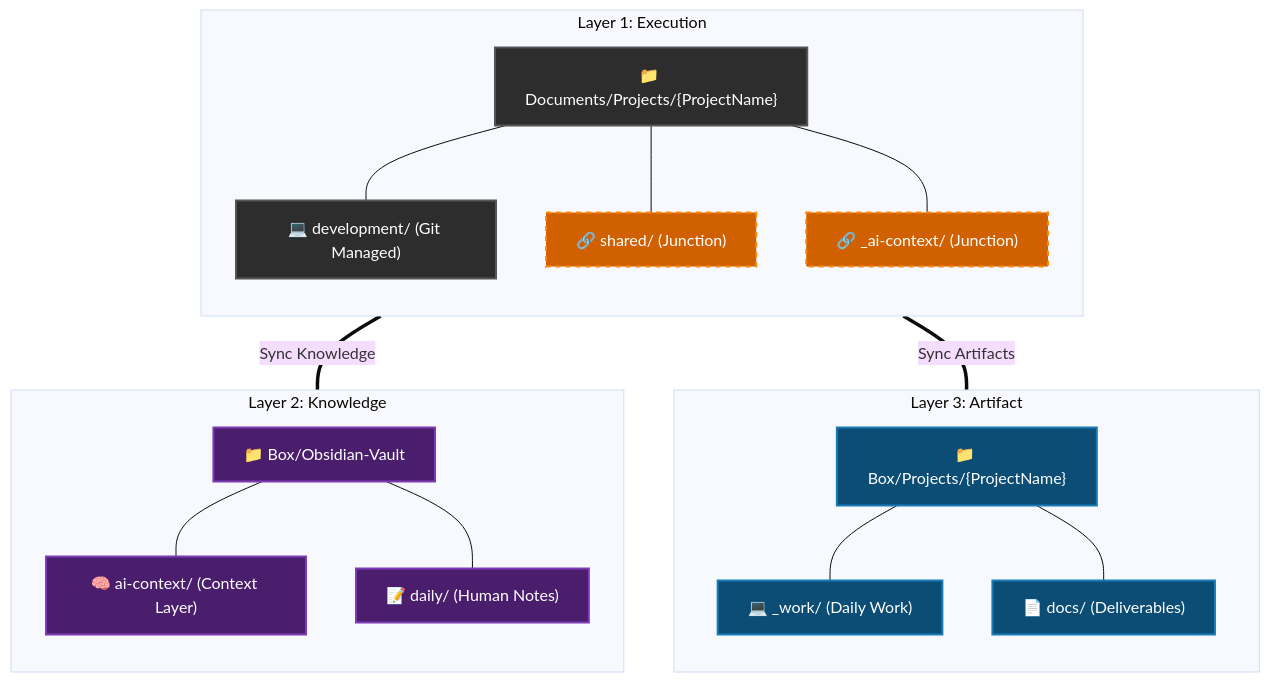
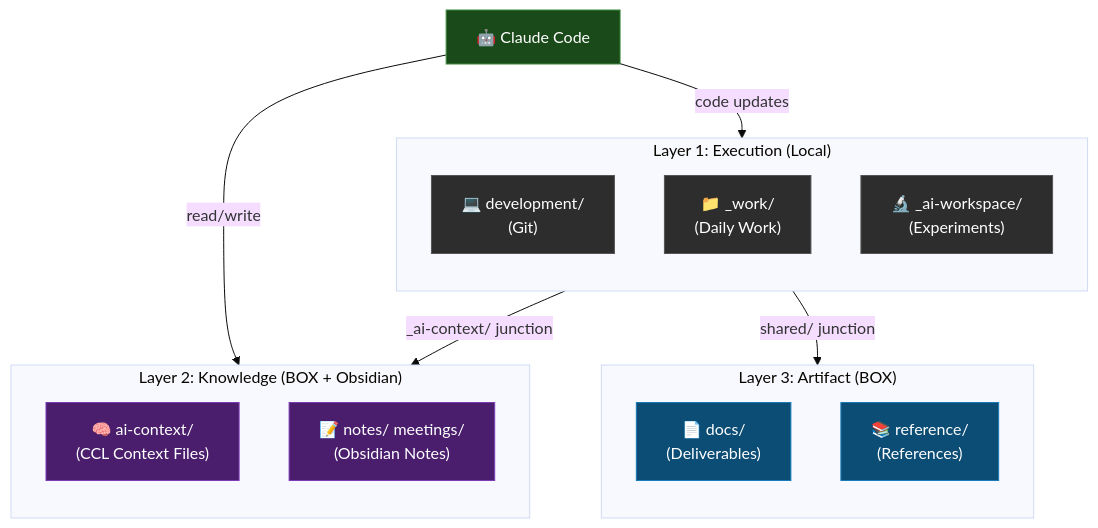
One commit to yt3trees/ai-collab-folder-structure changed the diagram in README.md. Above: the diagram before and after it, drawn with Mermaid (base theme). The commit also changed other lines of this file and 1 other file, not shown here.

````diff
--- a/README.md
+++ b/README.md
@@ -24,46 +8,33 @@
 ```mermaid
 flowchart TD
-    %% Define styles
-    classDef local fill:#2d2d2d,stroke:#555,stroke-width:2px,color:#fff
-    classDef box fill:#0b4d75,stroke:#1a7BB9,stroke-width:2px,color:#fff
-    classDef obs fill:#4a1e6d,stroke:#7D3CB5,stroke-width:2px,color:#fff
-    classDef junction fill:#d06000,stroke:#ff8800,stroke-width:2px,stroke-dasharray: 5 5,color:#fff
+    classDef local fill:#2d2d2d,stroke:#555,color:#fff
+    classDef box fill:#0b4d75,stroke:#1a7bb9,color:#fff
+    classDef obs fill:#4a1e6d,stroke:#7d3cb5,color:#fff
+    classDef ai fill:#1a4a1a,stroke:#3a8a3a,color:#fff
 
-    subgraph L1 ["Layer 1: Execution"]
+    subgraph L1["Layer 1: Execution (Local)"]
         direction TB
-        LocalProj["📁 Documents/Projects/{ProjectName}"]:::local
-        Dev["💻 development/ (Git Managed)"]:::local
-        
-        %% Junctions
-        JuncShared["🔗 shared/ (Junction)"]:::junction
-        JuncCtx["🔗 _ai-context/ (Junction)"]:::junction
-        
-        LocalProj --- Dev
-        LocalProj --- JuncShared
-        LocalProj --- JuncCtx
+        Dev["💻 development/\n(Git)"]:::local
+        Work["📁 _work/\n(Daily Work)"]:::local
+        AIW["🔬 _ai-workspace/\n(Experiments)"]:::local
     end
 
-    subgraph L3 ["Layer 3: Artifact"]
+    subgraph L3["Layer 3: Artifact (BOX)"]
         direction TB
-        BoxProj["📁 Box/Projects/{ProjectName}"]:::box
-        Work["💻 _work/ (Daily Work)"]:::box
-        Docs["📄 docs/ (Deliverables)"]:::box
-        
-        BoxProj --- Work
-        BoxProj --- Docs
+        Docs["📄 docs/\n(Deliverables)"]:::box
+        Ref["📚 reference/\n(References)"]:::box
     end
 
-    subgraph L2 ["Layer 2: Knowledge"]
+    subgraph L2["Layer 2: Knowledge (BOX + Obsidian)"]
         direction TB
-        ObsVault["📁 Box/Obsidian-Vault"]:::obs
-        AiCtx["🧠 ai-context/ (Context Layer)"]:::obs
-        Daily["📝 daily/ (Human Notes)"]:::obs
-        
-        ObsVault --- AiCtx
-        ObsVault --- Daily
+        CCL["🧠 ai-context/\n(CCL Context Files)"]:::obs
+        Notes["📝 notes/ meetings/\n(Obsidian Notes)"]:::obs
     end
 
-    %% Links
-    JuncShared == Sync Artifacts === BoxProj
-    JuncCtx == Sync Knowledge === ObsVault
+    Claude["🤖 Claude Code"]:::ai
+
+    L1 -- "shared/ junction" --> L3
+    L1 -- "_ai-context/ junction" --> L2
+    Claude -- "read/write" --> L2
+    Claude -- "code updates" --> L1
 ```
````
